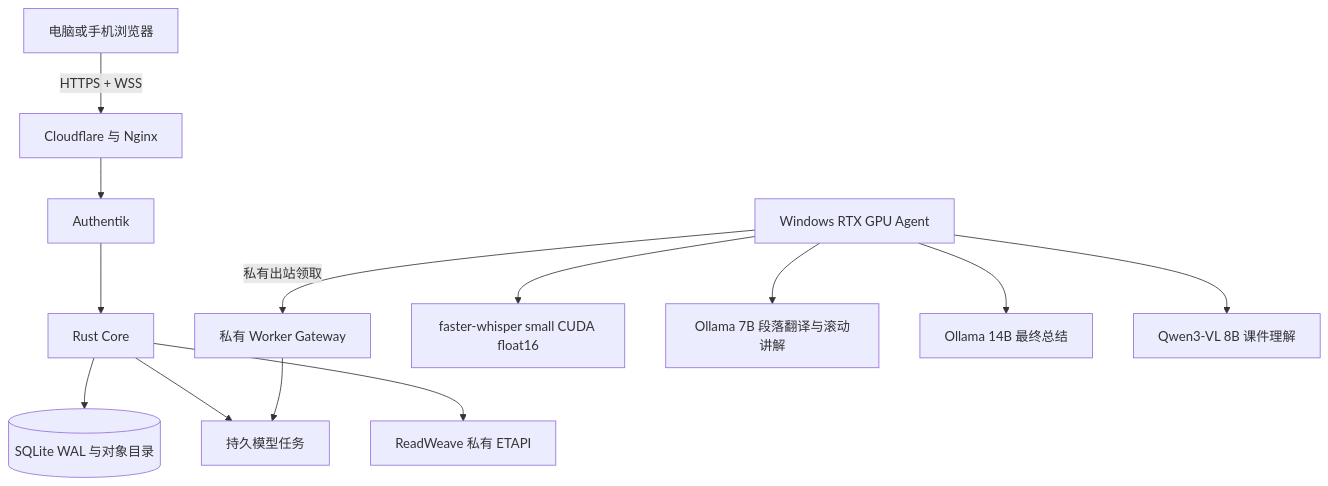
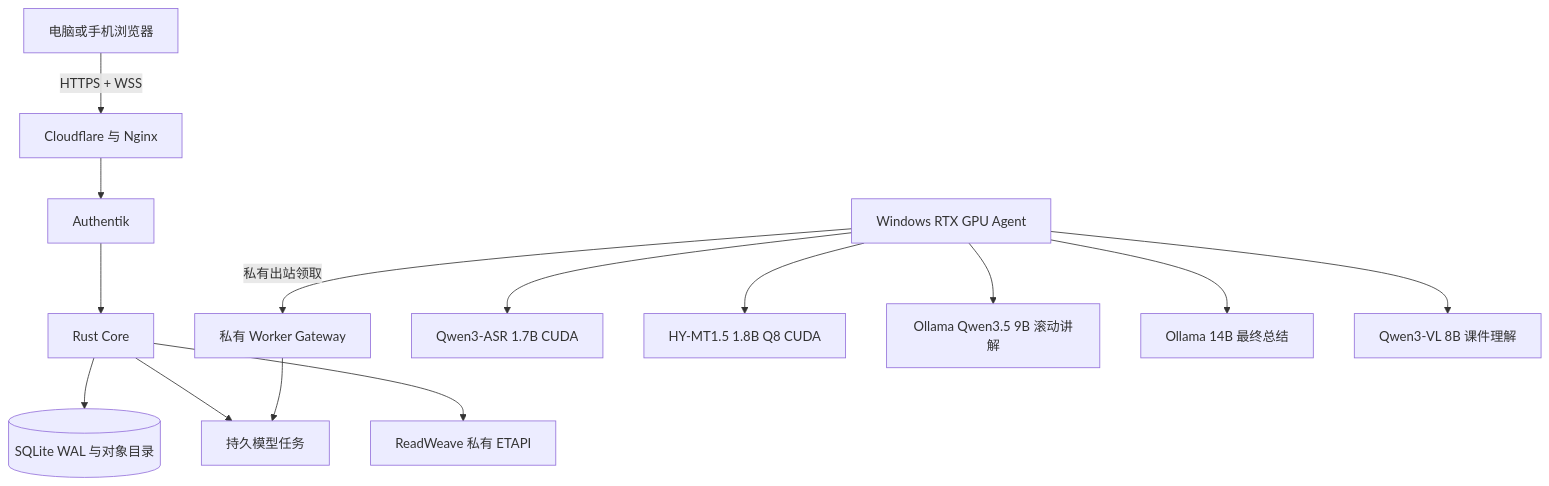
The diagram in deploy/README.md (AIALRA-0/AIALRA-LIVE-TRANSLATE), drawn with Mermaid before and after one commit. The commit also changed other lines of this file and 2 other files, not shown here.

````diff
--- a/deploy/README.md
+++ b/deploy/README.md
@@ -9,15 +9,16 @@
 ```mermaid
 flowchart TD
   Browser[电脑或手机浏览器] -->|HTTPS + WSS| Edge[Cloudflare 与 Nginx]
   Edge --> Auth[Authentik]
   Auth --> Core[Rust Core]
   Core --> Data[(SQLite WAL 与对象目录)]
   Core --> Queue[持久模型任务]
   Core --> Notes[ReadWeave 私有 ETAPI]
   Agent[Windows RTX GPU Agent] -->|私有出站领取| Gateway[私有 Worker Gateway]
   Gateway --> Queue
-  Agent --> ASR[faster-whisper small CUDA float16]
-  Agent --> LLM[Ollama 7B 段落翻译与滚动讲解]
+  Agent --> ASR[Qwen3-ASR 1.7B CUDA]
+  Agent --> MT[HY-MT1.5 1.8B Q8 CUDA]
+  Agent --> LLM[Ollama Qwen3.5 9B 滚动讲解]
   Agent --> Summary[Ollama 14B 最终总结]
   Agent --> VLM[Qwen3-VL 8B 课件理解]
 ```
````
